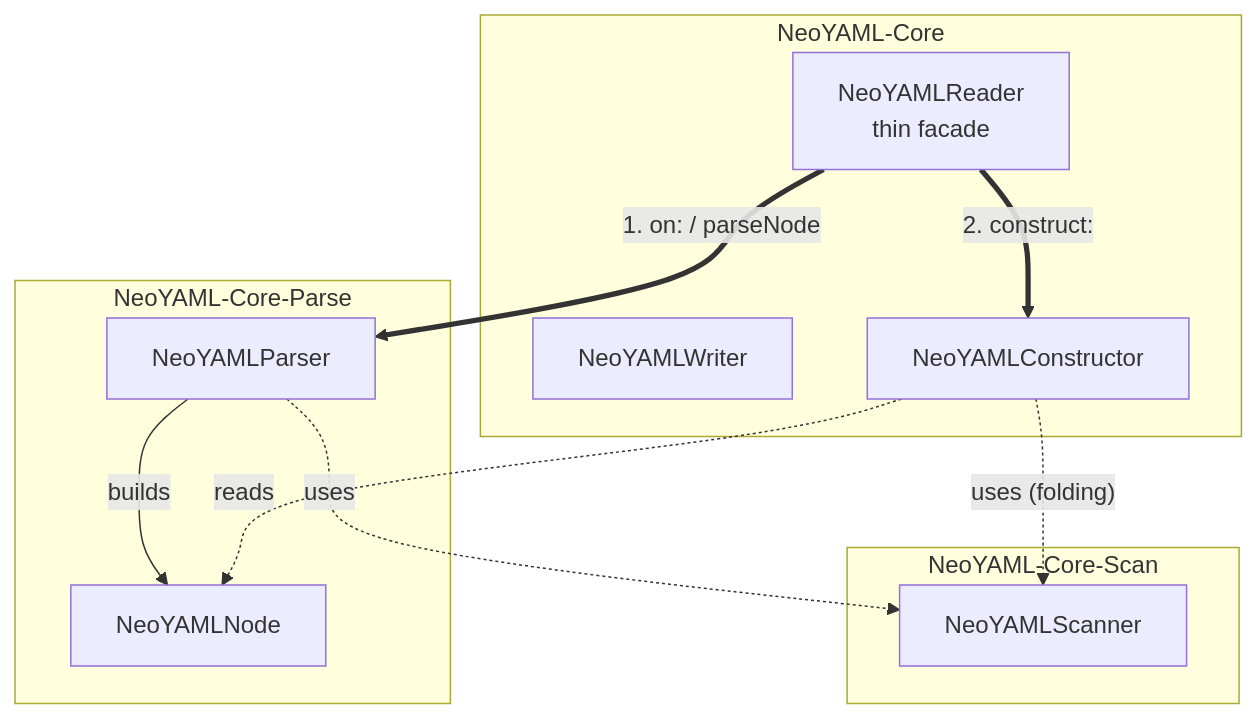
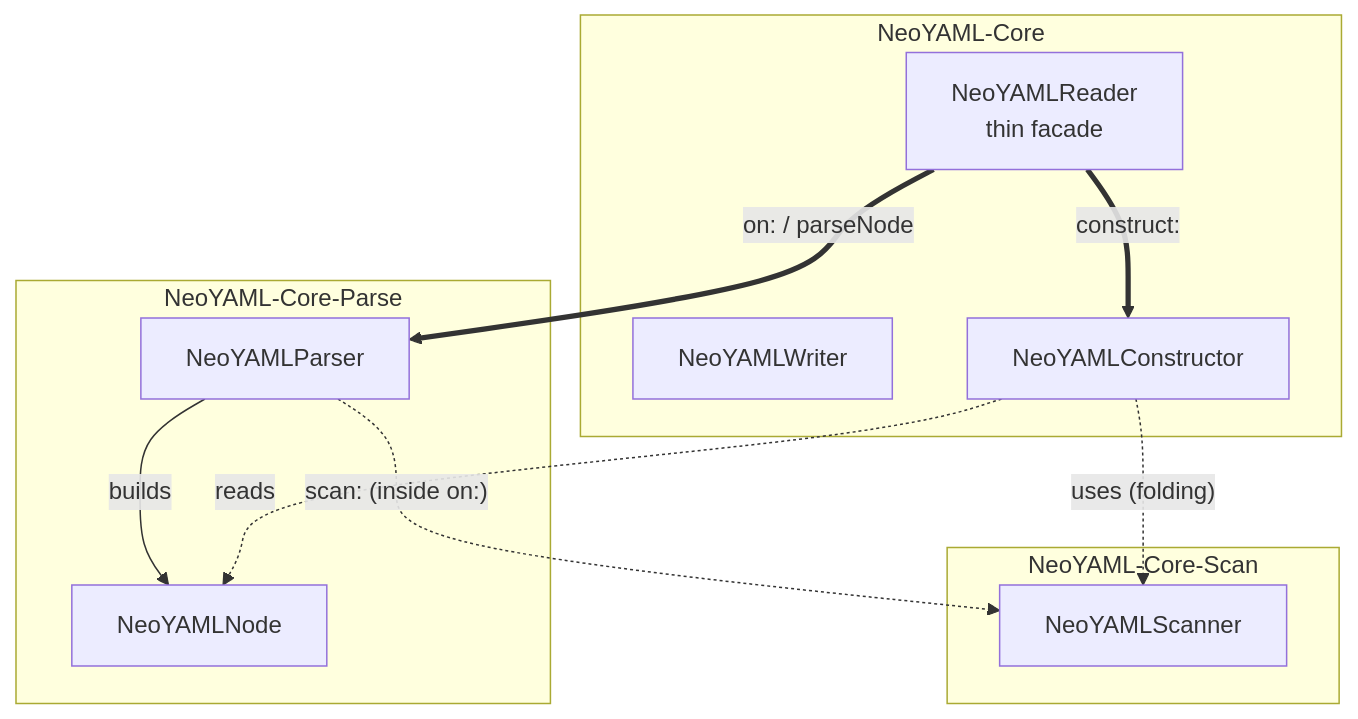
The first of 2 diagrams in docs/architecture.md (newapplesho/NeoYAML), drawn with Mermaid before and after one commit. The commit also changed other lines of this file and 12 other files, not shown here.

First line of the commit message:
docs: add architecture/parser/usage guides and NeoYAMLParserTest (#5)

````diff
--- a/docs/architecture.md
+++ b/docs/architecture.md
@@ -57,19 +62,19 @@
 ```mermaid
 flowchart TB
     subgraph CORE["NeoYAML-Core"]
         W[NeoYAMLWriter]
         R[NeoYAMLReader<br/>thin facade]
         CO[NeoYAMLConstructor]
     end
     subgraph SCAN["NeoYAML-Core-Scan"]
         SC[NeoYAMLScanner]
     end
     subgraph PARSE["NeoYAML-Core-Parse"]
         P[NeoYAMLParser] -->|builds| N[NeoYAMLNode]
     end
-    R ==>|"1. on: / parseNode"| P
-    P -.->|uses| SC
-    R ==>|"2. construct:"| CO
+    R ==>|"on: / parseNode"| P
+    P -.->|"scan: (inside on:)"| SC
+    R ==>|"construct:"| CO
     CO -.->|reads| N
     CO -.->|"uses (folding)"| SC
 ```
````
